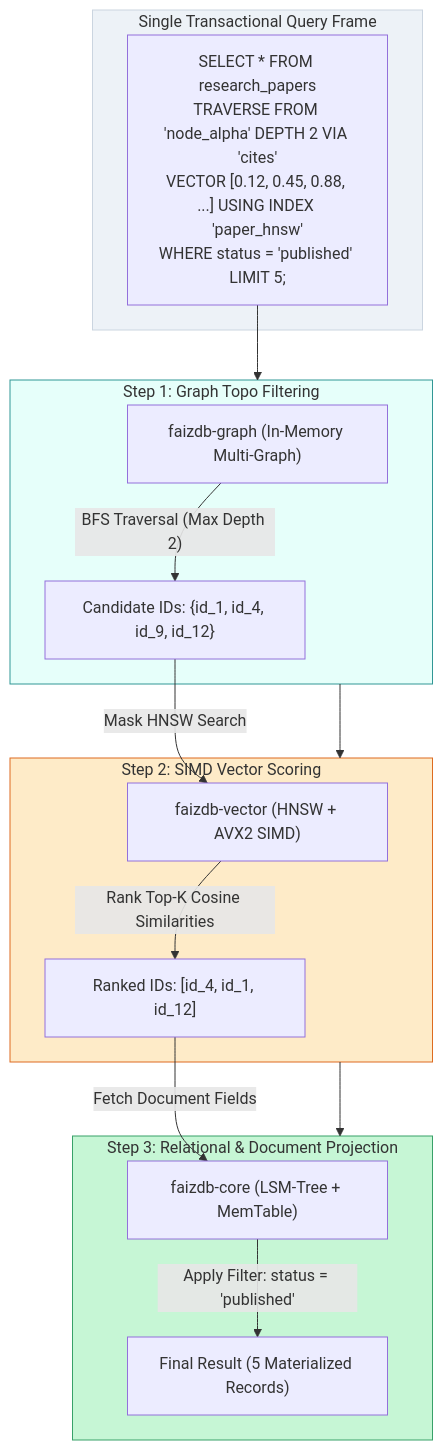
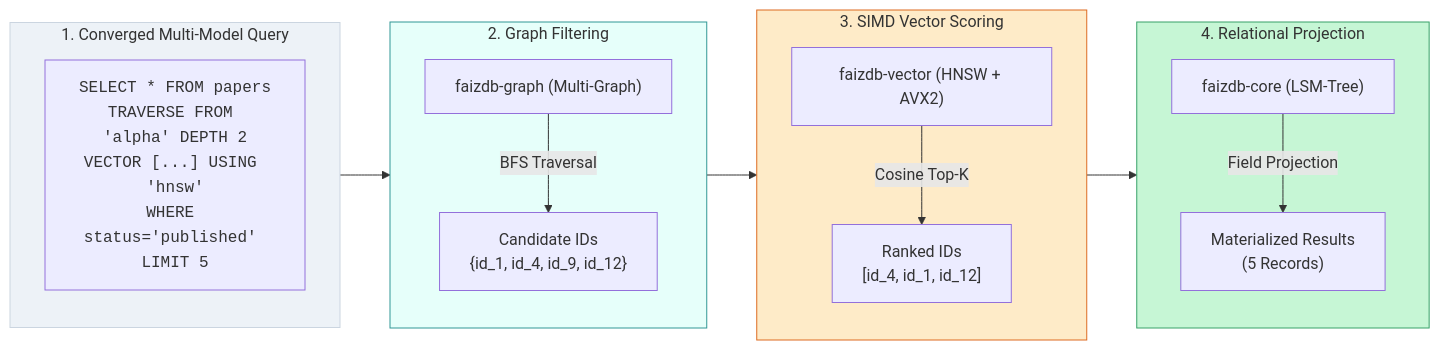
One commit to ictdothouse/faizdb changed the fifth of 8 diagrams in docs/FAIZDB_ARCHITECTURE_WHITEPAPER.md. Above: the diagram before and after it, drawn with Mermaid. The commit also changed 3 other files, not shown here.

Commit message:
docs(whitepaper): compile official publication-ready architecture whitepaper PDF with rendered diagrams and KaTeX formulas

````diff
--- a/docs/FAIZDB_ARCHITECTURE_WHITEPAPER.md
+++ b/docs/FAIZDB_ARCHITECTURE_WHITEPAPER.md
@@ -242,32 +242,33 @@
 ```mermaid
-flowchart TD
-    subgraph SingleQuery["Single Transactional Query Frame"]
-        RawQuery["SELECT * FROM research_papers<br/>TRAVERSE FROM 'node_alpha' DEPTH 2 VIA 'cites'<br/>VECTOR [0.12, 0.45, 0.88, ...] USING INDEX 'paper_hnsw'<br/>WHERE status = 'published' LIMIT 5;"]
+flowchart LR
+    subgraph QueryBlock["1. Converged Multi-Model Query"]
+        RawQuery["<code>SELECT * FROM papers<br/>TRAVERSE FROM 'alpha' DEPTH 2<br/>VECTOR [...] USING 'hnsw'<br/>WHERE status='published' LIMIT 5</code>"]
     end
 
-    subgraph Step1["Step 1: Graph Topo Filtering"]
-        GraphEngine["faizdb-graph (In-Memory Multi-Graph)"]
-        GraphEngine -->|"BFS Traversal (Max Depth 2)"| CandidateSet["Candidate IDs: {id_1, id_4, id_9, id_12}"]
+    subgraph Step1["2. Graph Filtering"]
+        direction TB
+        GraphEngine["faizdb-graph (Multi-Graph)"]
+        GraphEngine -->|"BFS Traversal"| Cands["Candidate IDs<br/>{id_1, id_4, id_9, id_12}"]
     end
 
-    subgraph Step2["Step 2: SIMD Vector Scoring"]
-        VectorEngine["faizdb-vector (HNSW + AVX2 SIMD)"]
-        CandidateSet -->|"Mask HNSW Search"| VectorEngine
-        VectorEngine -->|"Rank Top-K Cosine Similarities"| RankedSet["Ranked IDs: [id_4, id_1, id_12]"]
+    subgraph Step2["3. SIMD Vector Scoring"]
+        direction TB
+        VectorEngine["faizdb-vector (HNSW + AVX2)"]
+        VectorEngine -->|"Cosine Top-K"| Ranked["Ranked IDs<br/>[id_4, id_1, id_12]"]
     end
 
-    subgraph Step3["Step 3: Relational & Document Projection"]
-        StorageEngine["faizdb-core (LSM-Tree + MemTable)"]
-        RankedSet -->|"Fetch Document Fields"| StorageEngine
-        StorageEngine -->|"Apply Filter: status = 'published'"| FinalOutput["Final Result (5 Materialized Records)"]
+    subgraph Step3["4. Relational Projection"]
+        direction TB
+        StorageEngine["faizdb-core (LSM-Tree)"]
+        StorageEngine -->|"Field Projection"| Output["Materialized Results<br/>(5 Records)"]
     end
 
-    RawQuery --> Step1
-    Step1 --> Step2
-    Step2 --> Step3
+    QueryBlock --> Step1
+    Cands --> VectorEngine
+    Ranked --> StorageEngine
 
-    style SingleQuery fill:#edf2f7,stroke:#cbd5e0;
+    style QueryBlock fill:#edf2f7,stroke:#cbd5e0;
     style Step1 fill:#e6fffa,stroke:#319795;
     style Step2 fill:#feebc8,stroke:#dd6b20;
     style Step3 fill:#c6f6d5,stroke:#38a169;
 ```
````
